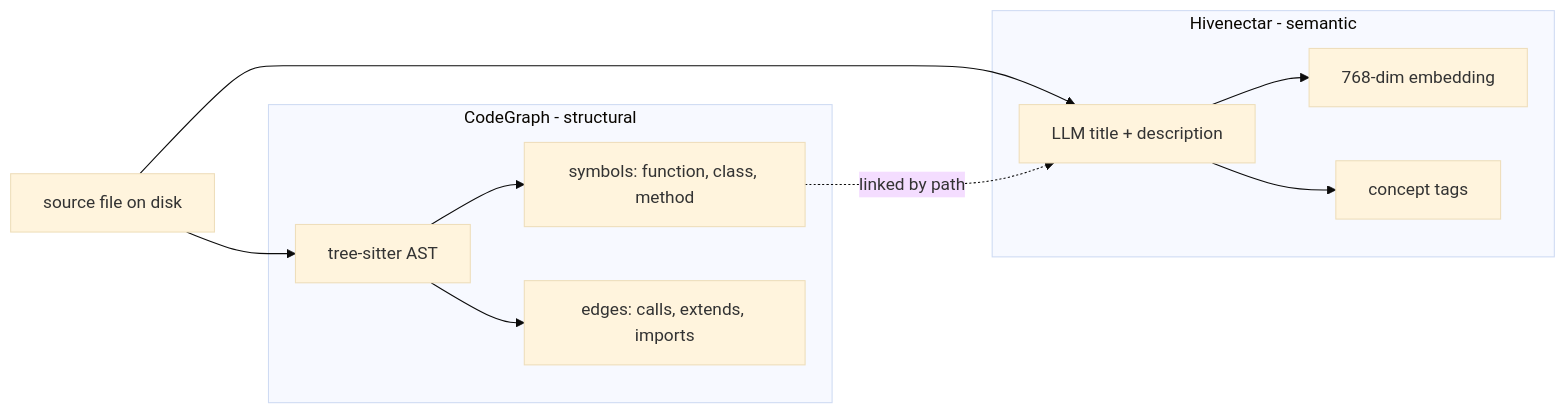
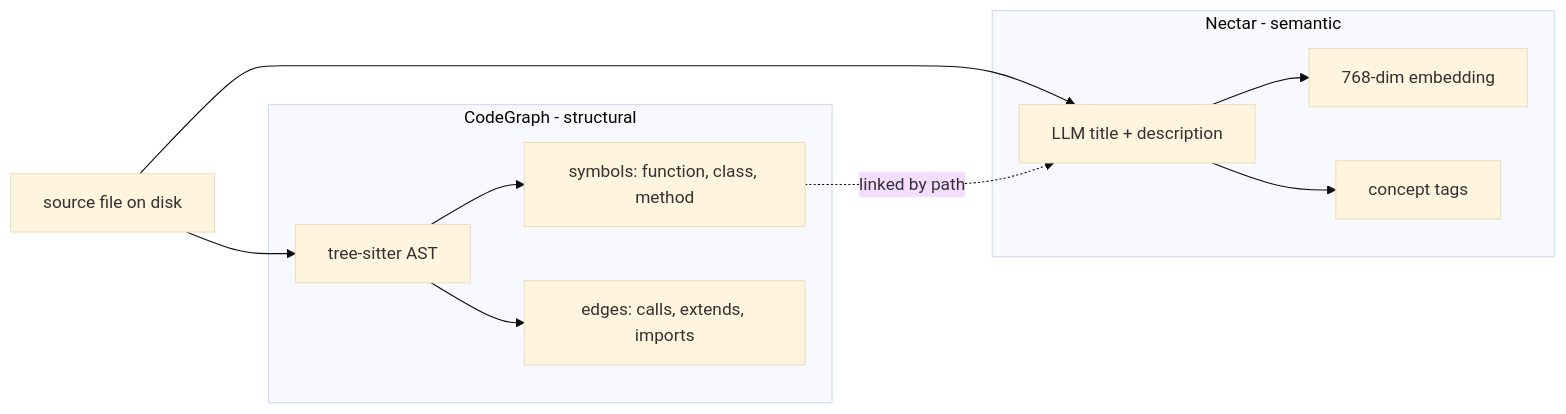
Before and after one commit to legioncodeinc/nectar: the first of 2 diagrams in library/knowledge/private/overview.md, drawn with Mermaid (base theme). The commit also changed other lines of this file and 337 other files, not shown here.

````diff
--- a/library/knowledge/private/overview.md
+++ b/library/knowledge/private/overview.md
@@ -36,16 +36,16 @@
 ```mermaid
 flowchart LR
     subgraph structural[CodeGraph - structural]
         ast[tree-sitter AST]
         ast --> sym[symbols: function, class, method]
         ast --> edge[edges: calls, extends, imports]
     end
-    subgraph semantic[Hivenectar - semantic]
+    subgraph semantic[Nectar - semantic]
         desc[LLM title + description]
         desc --> emb[768-dim embedding]
         desc --> concepts[concept tags]
     end
     file["source file on disk"] --> ast
     file --> desc
     sym -. linked by path .-> desc
 ```
````
